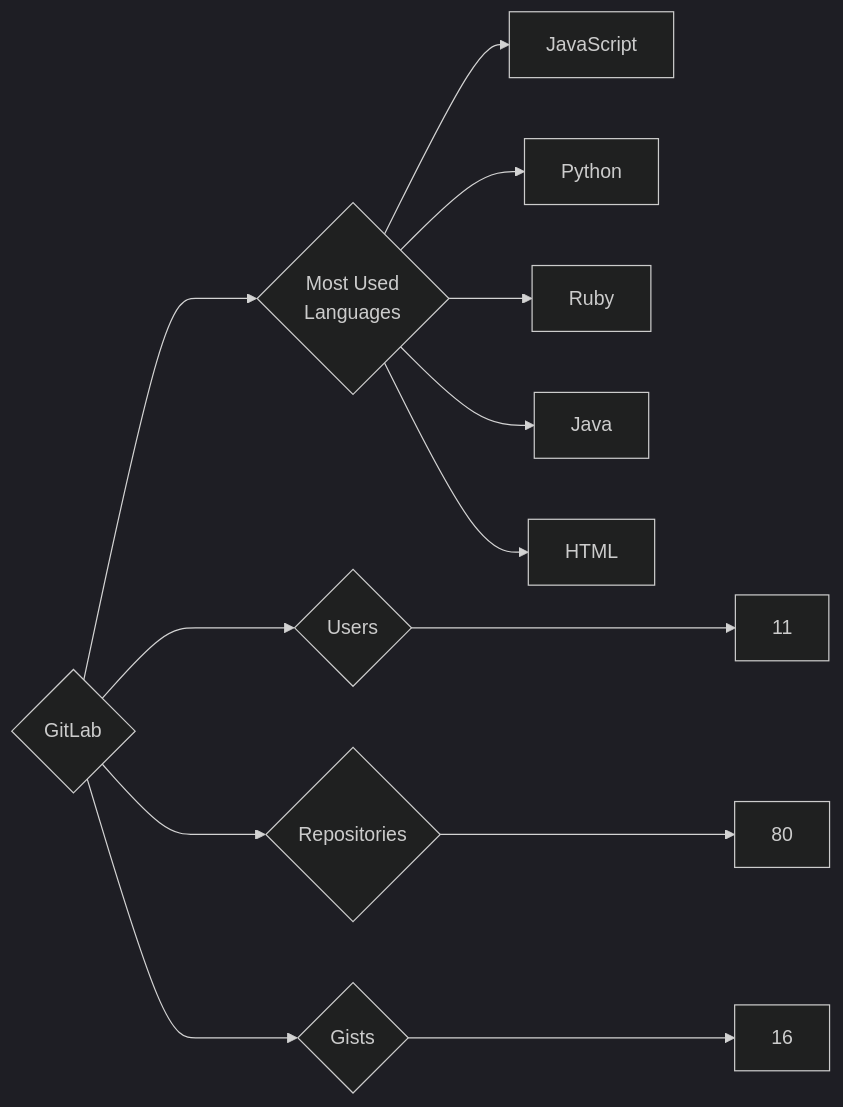
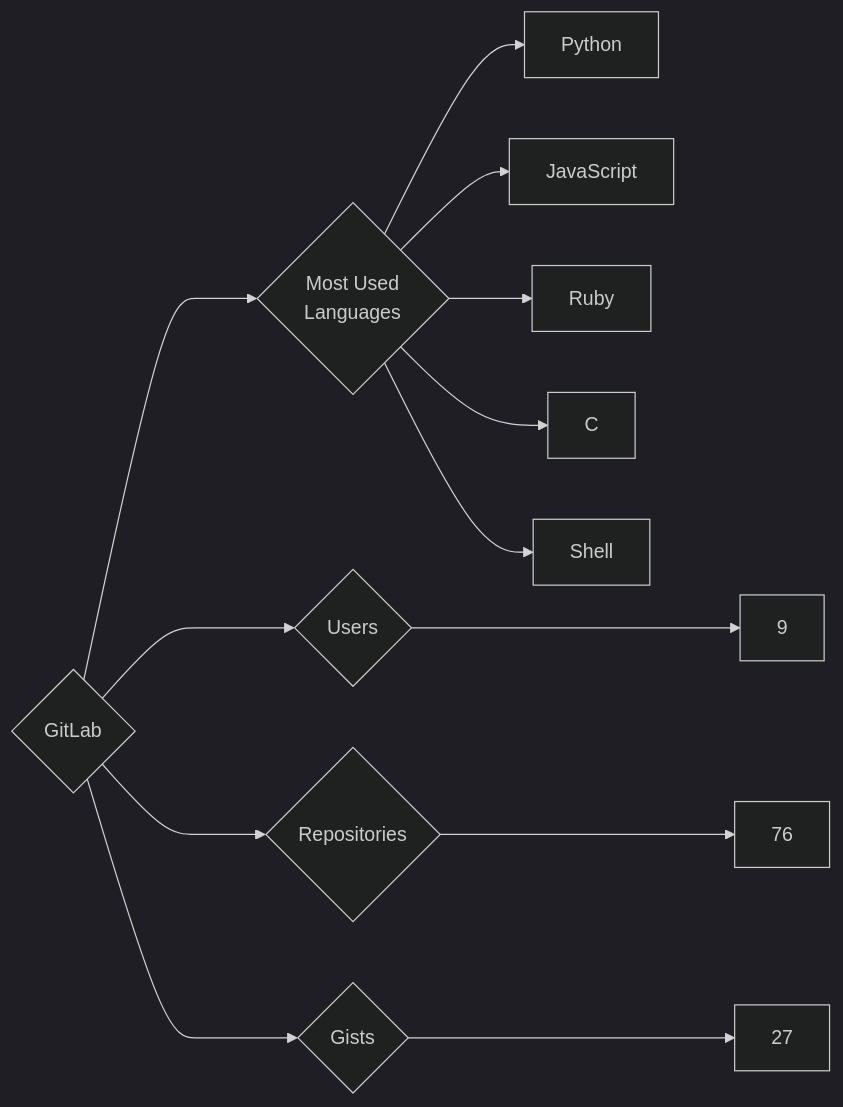
The diagram in targets/GitLab/README.md (trickest/insiders), drawn with Mermaid (dark theme) before and after one commit. The commit also changed 757 other files, not shown here.

````diff
--- a/targets/GitLab/README.md
+++ b/targets/GitLab/README.md
@@ -3,13 +3,13 @@
 ```mermaid
 graph LR
 COMPANY_NAME{GitLab}
-COMPANY_NAME ---> U{Users} ---> UN[11]
-COMPANY_NAME ---> R{Repositories} ---> RN[80]
-COMPANY_NAME ---> G{Gists} ---> GN[16]
+COMPANY_NAME ---> U{Users} ---> UN[9]
+COMPANY_NAME ---> R{Repositories} ---> RN[76]
+COMPANY_NAME ---> G{Gists} ---> GN[27]
 COMPANY_NAME ---> ML{Most Used<br>Languages}
+ML --> Python[Python]
 ML --> JavaScript[JavaScript]
-ML --> Python[Python]
 ML --> Ruby[Ruby]
-ML --> Java[Java]
-ML --> HTML[HTML]
+ML --> C[C]
+ML --> Shell[Shell]
 ```
````
